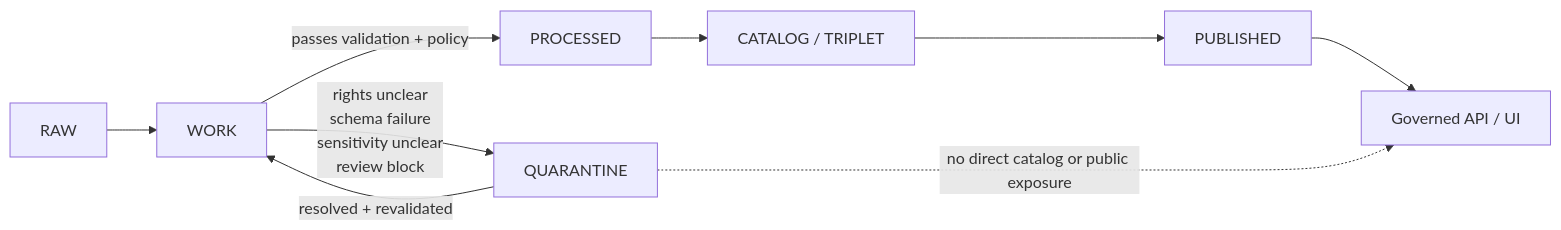
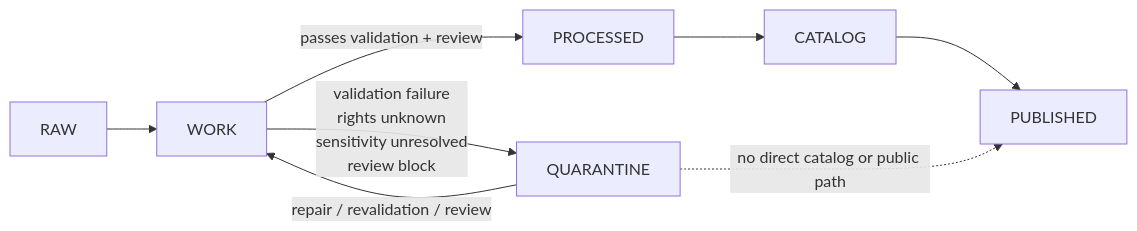
Before and after one commit to bartytime4life/Kansas-Frontier-Matrix: the diagram in data/quarantine/README.md, drawn with Mermaid. The commit also changed other lines of this file, not shown here.

First line of the commit message:
Revise README for data/quarantine with clarifications

````diff
--- a/data/quarantine/README.md
+++ b/data/quarantine/README.md
@@ -209,12 +238,11 @@
 ```mermaid
 flowchart LR
     A[RAW] --> B[WORK]
-    B -->|passes validation + policy| C[PROCESSED]
-    B -->|rights unclear<br/>schema failure<br/>sensitivity unclear<br/>review block| Q[QUARANTINE]
-    Q -->|resolved + revalidated| B
-    C --> D[CATALOG / TRIPLET]
+    B -->|passes validation + review| C[PROCESSED]
+    B -->|validation failure<br/>rights unknown<br/>sensitivity unresolved<br/>review block| Q[QUARANTINE]
+    Q -->|repair / revalidation / review| B
+    C --> D[CATALOG]
     D --> E[PUBLISHED]
-    E --> G[Governed API / UI]
 
-    Q -. no direct catalog or public exposure .-> G
+    Q -. no direct catalog or public path .-> E
 ```
````
